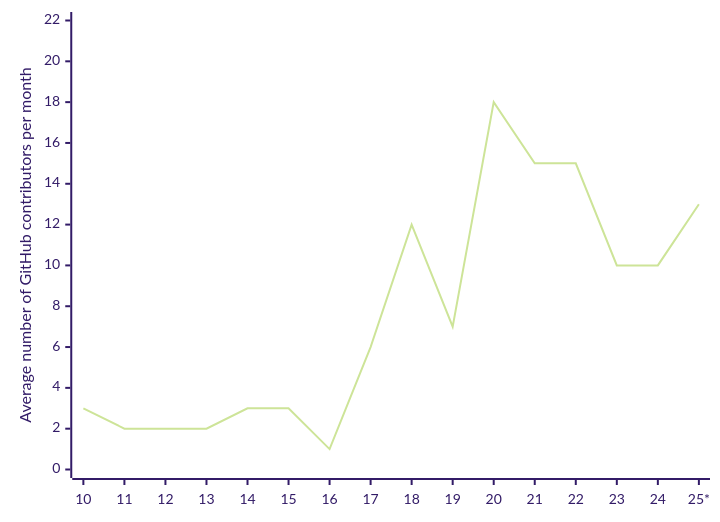
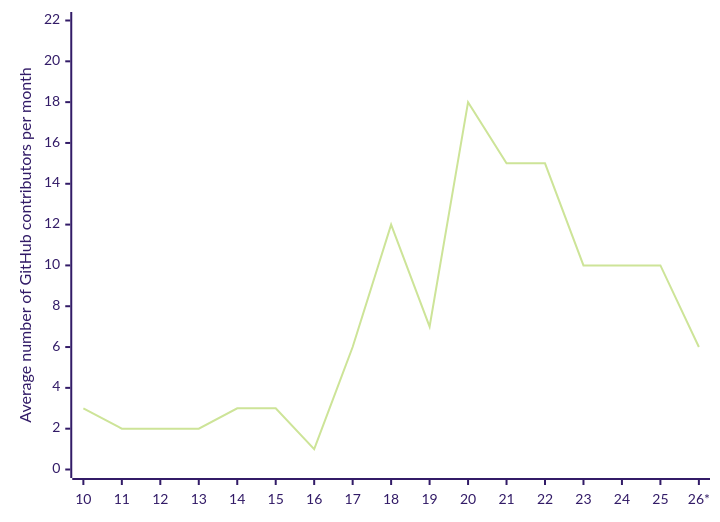
Before and after one commit to OpenRefine/openrefine.org: the third of 3 diagrams in src/pages/usage.md, drawn with Mermaid. The commit also changed other lines of this file, not shown here.

````diff
--- a/src/pages/usage.md
+++ b/src/pages/usage.md
@@ -72,7 +72,7 @@
 ```mermaid 
 %%{init: {'theme':'forest'}}%%
 xychart-beta 
-    x-axis   [10,11,12,13,14,15,16,17,18,19,20,21,22,23,24,25*]
+    x-axis   [10,11,12,13,14,15,16,17,18,19,20,21,22,23,24,25,26*]
     y-axis "Average number of GitHub contributors per month" 0 --> 22
-    line [3,2,2,2,3,3,1,6,12,7,18,15,15,10,10,13]
+    line [3,2,2,2,3,3,1,6,12,7,18,15,15,10,10,10,6]
 ```
````
